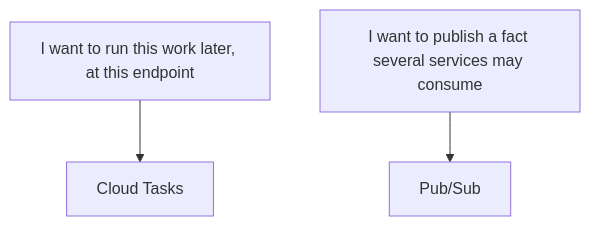
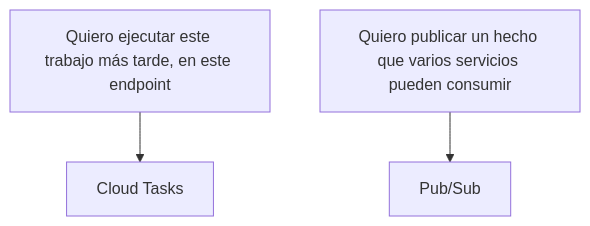
One commit to mytheondev/mytheondev changed the ninth of 10 diagrams in src/content/blog/google-cloud-pubsub-how-to-use-it-correctly.es.md. Above: the diagram before and after it, drawn with Mermaid. The commit also changed other lines of this file and 33 other files, not shown here.

````diff
--- a/src/content/blog/google-cloud-pubsub-how-to-use-it-correctly.es.md
+++ b/src/content/blog/google-cloud-pubsub-how-to-use-it-correctly.es.md
@@ -327,5 +332,5 @@
 ```mermaid
 flowchart TD
-  Later["I want to run this work later, at this endpoint"] --> Tasks[Cloud Tasks]
-  Fact["I want to publish a fact several services may consume"] --> PubSub[Pub/Sub]
+  Later["Quiero ejecutar este trabajo más tarde, en este endpoint"] --> Tasks[Cloud Tasks]
+  Fact["Quiero publicar un hecho que varios servicios pueden consumir"] --> PubSub[Pub/Sub]
 ```
````
